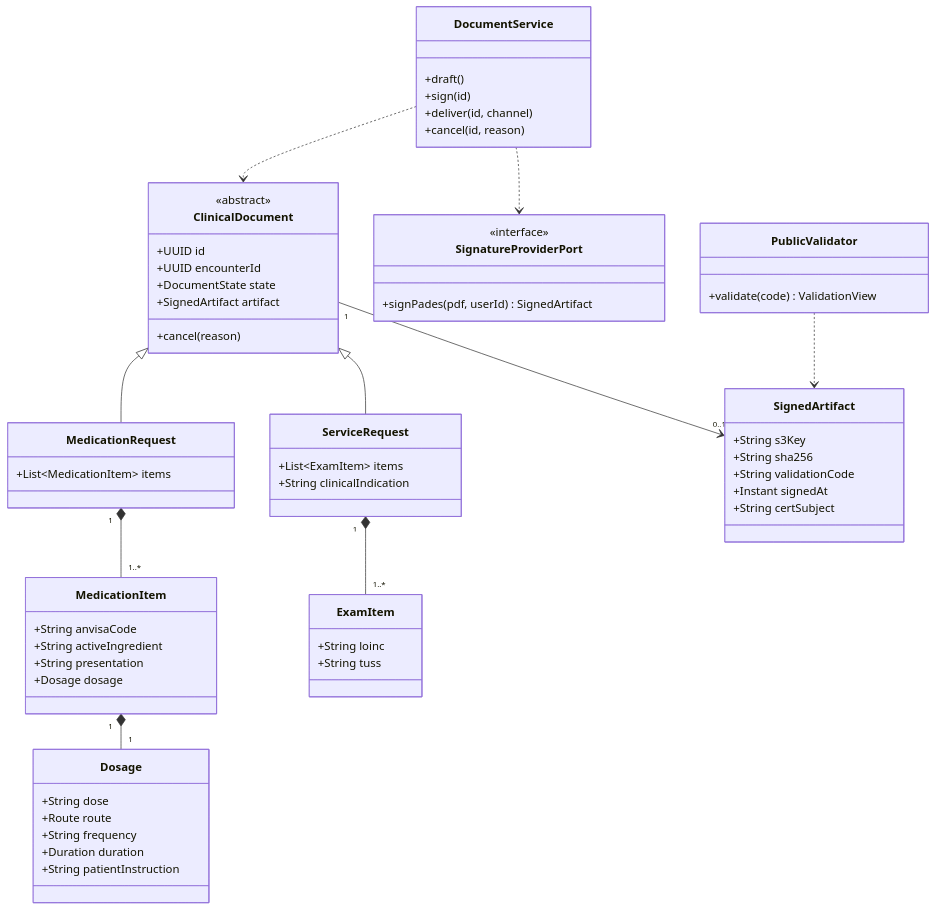
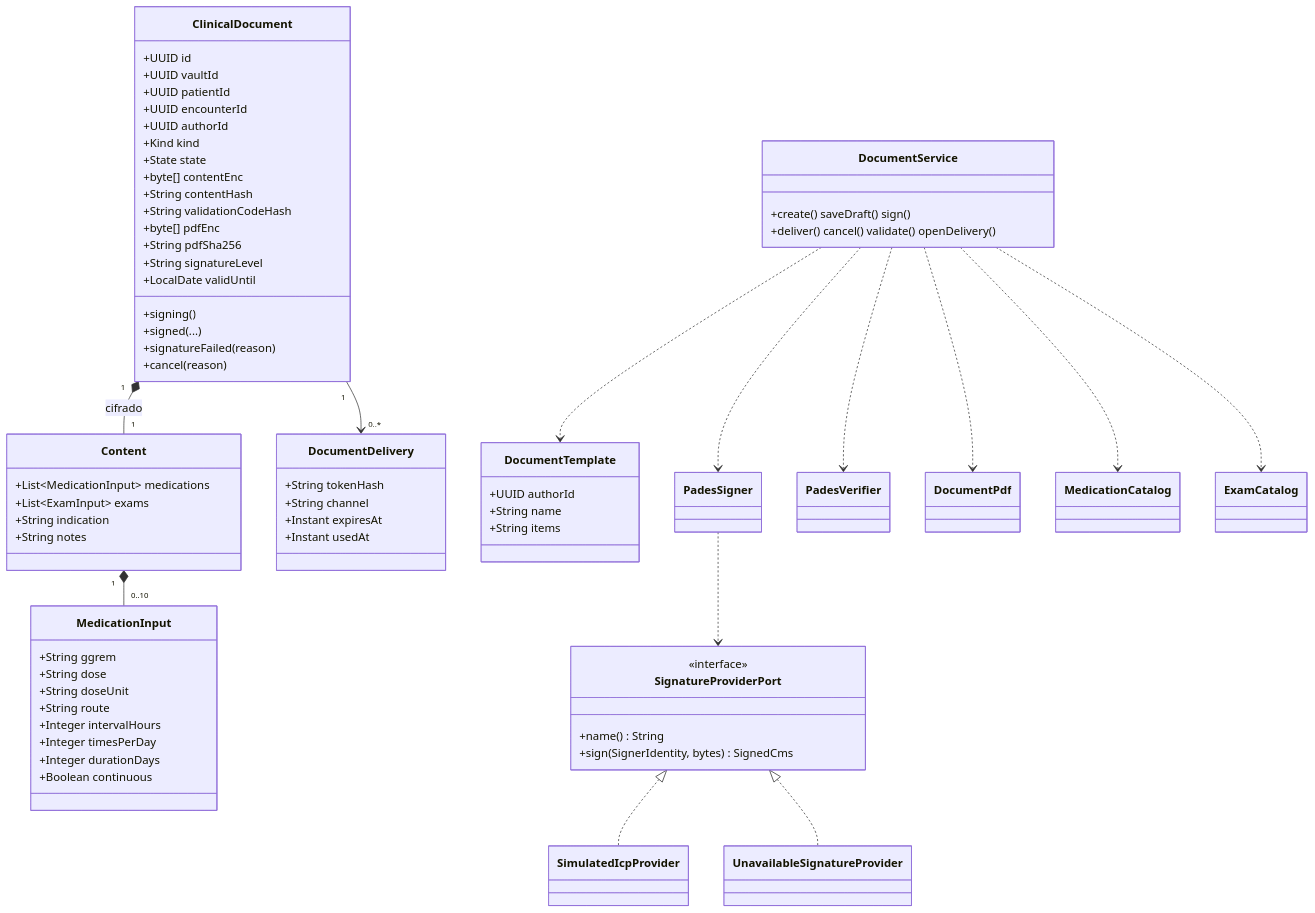
Before and after one commit to MatheusHaliski/doctor_explorer: the second of 5 diagrams in docs/rf/RF09-prescricao-e-exames-icp.md, drawn with Mermaid. The commit also changed other lines of this file and 77 other files, not shown here.

````diff
--- a/docs/rf/RF09-prescricao-e-exames-icp.md
+++ b/docs/rf/RF09-prescricao-e-exames-icp.md
@@ -59,64 +84,78 @@
 ```mermaid
 classDiagram
     class ClinicalDocument {
-      <<abstract>>
       +UUID id
+      +UUID vaultId
+      +UUID patientId
       +UUID encounterId
-      +DocumentState state
-      +SignedArtifact artifact
+      +UUID authorId
+      +Kind kind
+      +State state
+      +byte[] contentEnc
+      +String contentHash
+      +String validationCodeHash
+      +byte[] pdfEnc
+      +String pdfSha256
+      +String signatureLevel
+      +LocalDate validUntil
+      +signing()
+      +signed(...)
+      +signatureFailed(reason)
       +cancel(reason)
     }
-    class MedicationRequest {
-      +List~MedicationItem~ items
+    class Content {
+      +List~MedicationInput~ medications
+      +List~ExamInput~ exams
+      +String indication
+      +String notes
     }
-    class MedicationItem {
-      +String anvisaCode
-      +String activeIngredient
-      +String presentation
-      +Dosage dosage
+    class MedicationInput {
+      +String ggrem
+      +String dose
+      +String doseUnit
+      +String route
+      +Integer intervalHours
+      +Integer timesPerDay
+      +Integer durationDays
+      +Boolean continuous
     }
-    class Dosage {
-      +String dose
-      +Route route
-      +String frequency
-      +Duration duration
-      +String patientInstruction
+    class DocumentDelivery {
+      +String tokenHash
+      +String channel
+      +Instant expiresAt
+      +Instant usedAt
     }
-    class ServiceRequest {
-      +List~ExamItem~ items
-      +String clinicalIndication
-    }
-    class ExamItem {
-      +String loinc
-      +String tuss
-    }
-    class SignedArtifact {
-      +String s3Key
-      +String sha256
-      +String validationCode
-      +Instant signedAt
-      +String certSubject
+    class DocumentTemplate {
+      +UUID authorId
+      +String name
+      +String items
     }
     class SignatureProviderPort {
       <<interface>>
-      +signPades(pdf, userId) SignedArtifact
+      +name() String
+      +sign(SignerIdentity, bytes) SignedCms
     }
+    class SimulatedIcpProvider
+    class UnavailableSignatureProvider
+    class PadesSigner
+    class PadesVerifier
+    class DocumentPdf
+    class MedicationCatalog
+    class ExamCatalog
     class DocumentService {
-      +draft()
-      +sign(id)
-      +deliver(id, channel)
-      +cancel(id, reason)
+      +create() saveDraft() sign()
+      +deliver() cancel() validate() openDelivery()
     }
-    class PublicValidator {
-      +validate(code) ValidationView
-    }
-    ClinicalDocument <|-- MedicationRequest
-    ClinicalDocument <|-- ServiceRequest
-    MedicationRequest "1" *-- "1..*" MedicationItem
-    MedicationItem "1" *-- "1" Dosage
-    ServiceRequest "1" *-- "1..*" ExamItem
-    ClinicalDocument "1" --> "0..1" SignedArtifact
-    DocumentService ..> SignatureProviderPort
-    DocumentService ..> ClinicalDocument
-    PublicValidator ..> SignedArtifact
+    ClinicalDocument "1" *-- "1" Content : cifrado
+    Content "1" *-- "0..10" MedicationInput
+    ClinicalDocument "1" --> "0..*" DocumentDelivery
+    SignatureProviderPort <|.. SimulatedIcpProvider
+    SignatureProviderPort <|.. UnavailableSignatureProvider
+    PadesSigner ..> SignatureProviderPort
+    DocumentService ..> PadesSigner
+    DocumentService ..> PadesVerifier
+    DocumentService ..> DocumentPdf
+    DocumentService ..> MedicationCatalog
+    DocumentService ..> ExamCatalog
+    DocumentService ..> DocumentTemplate
 ```
````
